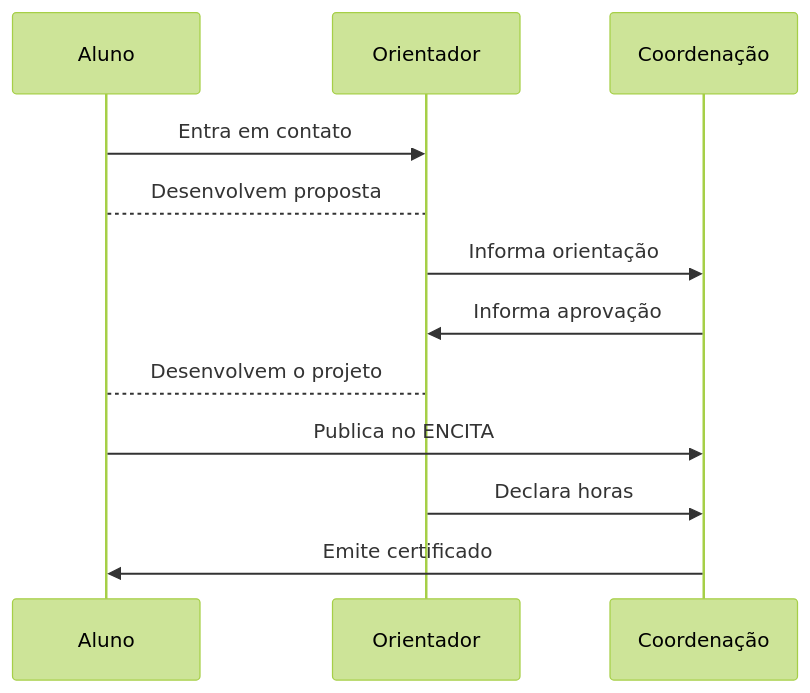
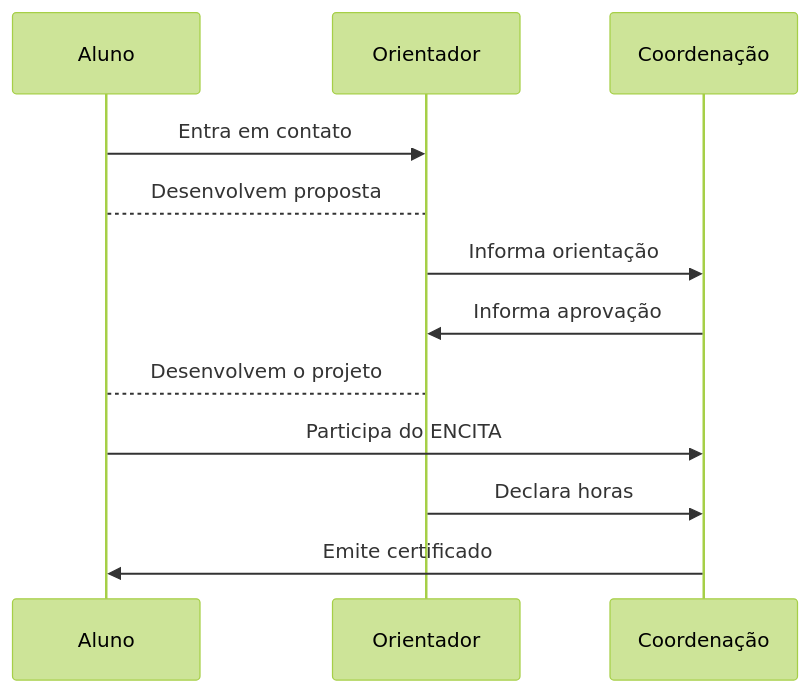
The diagram in content/modalidade/picv/index.md (SarahNegreiros/paic), drawn with Mermaid (forest theme) before and after one commit. The commit also changed 2 other files, not shown here.

````diff
--- a/content/modalidade/picv/index.md
+++ b/content/modalidade/picv/index.md
@@ -17,14 +17,14 @@
 ```mermaid
 sequenceDiagram
   participant Aluno
   participant Orientador
   participant Coordenação
   Aluno->>Orientador: Entra em contato
   Aluno-->Orientador: Desenvolvem proposta
   Orientador->>Coordenação: Informa orientação
   Coordenação->>Orientador: Informa aprovação
   Aluno-->Orientador: Desenvolvem o projeto
-  Aluno->>Coordenação: Publica no ENCITA
+  Aluno->>Coordenação: Participa do ENCITA
   Orientador->>Coordenação: Declara horas
   Coordenação->>Aluno: Emite certificado
 ```
````
